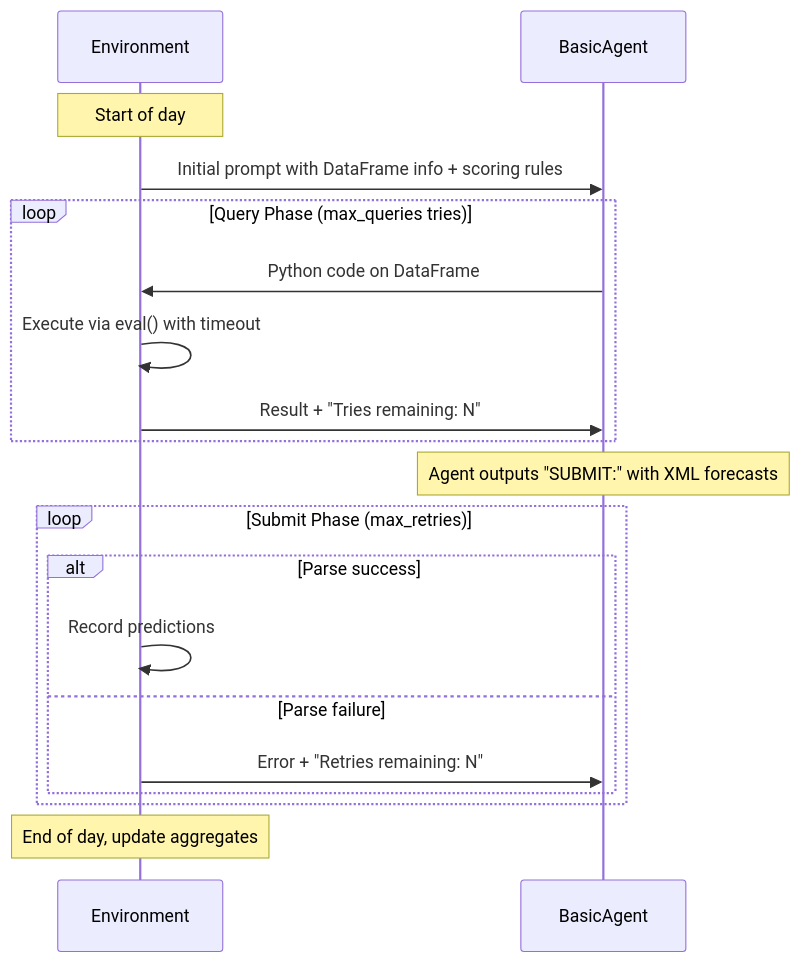
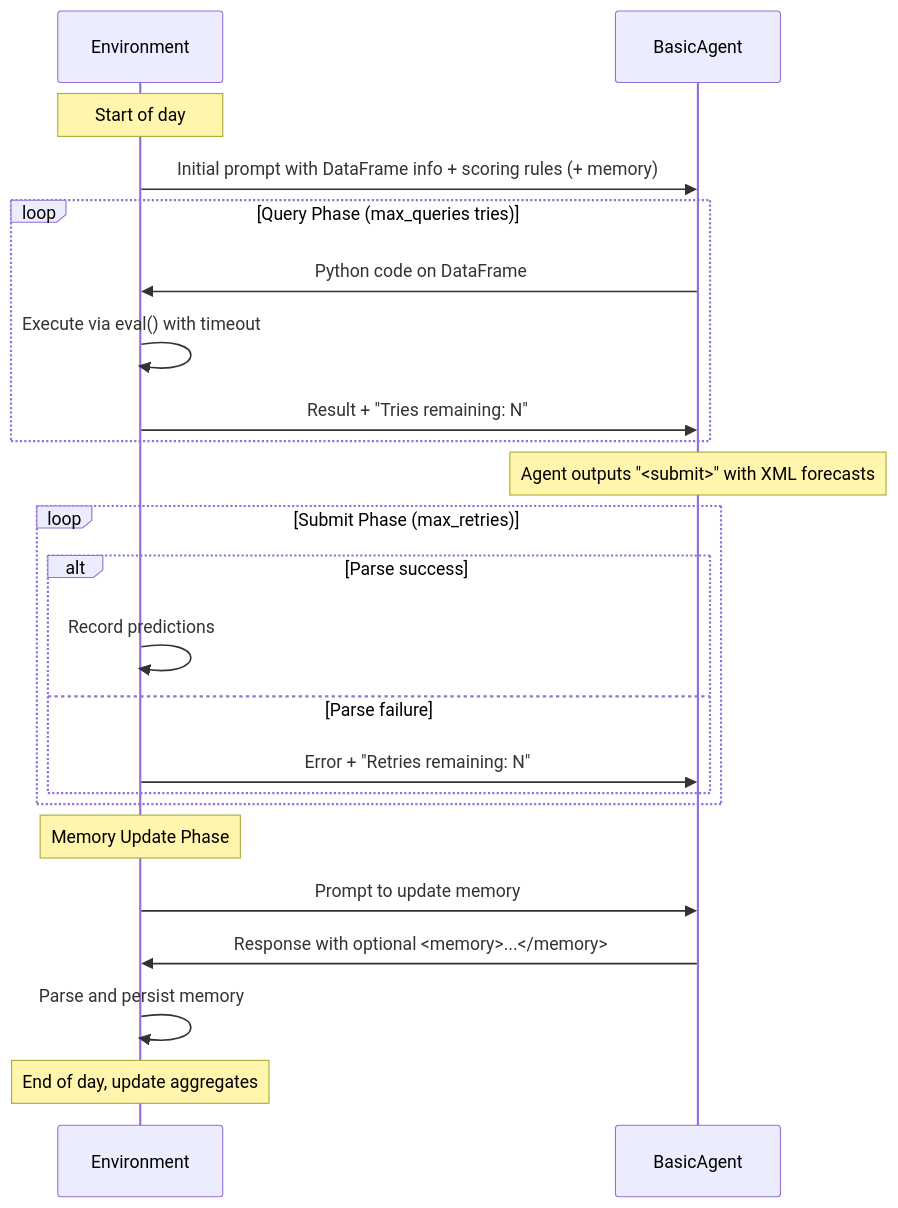
The diagram in notes/agent-forecast-interaction.md (OpenForecaster/futuresim), drawn with Mermaid before and after one commit. The commit also changed other lines of this file and 10 other files, not shown here.

````diff
--- a/notes/agent-forecast-interaction.md
+++ b/notes/agent-forecast-interaction.md
@@ -9,26 +9,31 @@
 ```mermaid
 sequenceDiagram
     participant Env as Environment
     participant Agent as BasicAgent
     
     Note over Env: Start of day
-    Env->>Agent: Initial prompt with DataFrame info + scoring rules
+    Env->>Agent: Initial prompt with DataFrame info + scoring rules (+ memory)
     
     loop Query Phase (max_queries tries)
         Agent->>Env: Python code on DataFrame
         Env->>Env: Execute via eval() with timeout
         Env->>Agent: Result + "Tries remaining: N"
     end
     
-    Note over Agent: Agent outputs "SUBMIT:" with XML forecasts
+    Note over Agent: Agent outputs "<submit>" with XML forecasts
     
     loop Submit Phase (max_retries)
         alt Parse success
             Env->>Env: Record predictions
         else Parse failure
             Env->>Agent: Error + "Retries remaining: N"
         end
     end
     
+    Note over Env: Memory Update Phase
+    Env->>Agent: Prompt to update memory
+    Agent->>Env: Response with optional <memory>...</memory>
+    Env->>Env: Parse and persist memory
+    
     Note over Env: End of day, update aggregates
 ```
````
